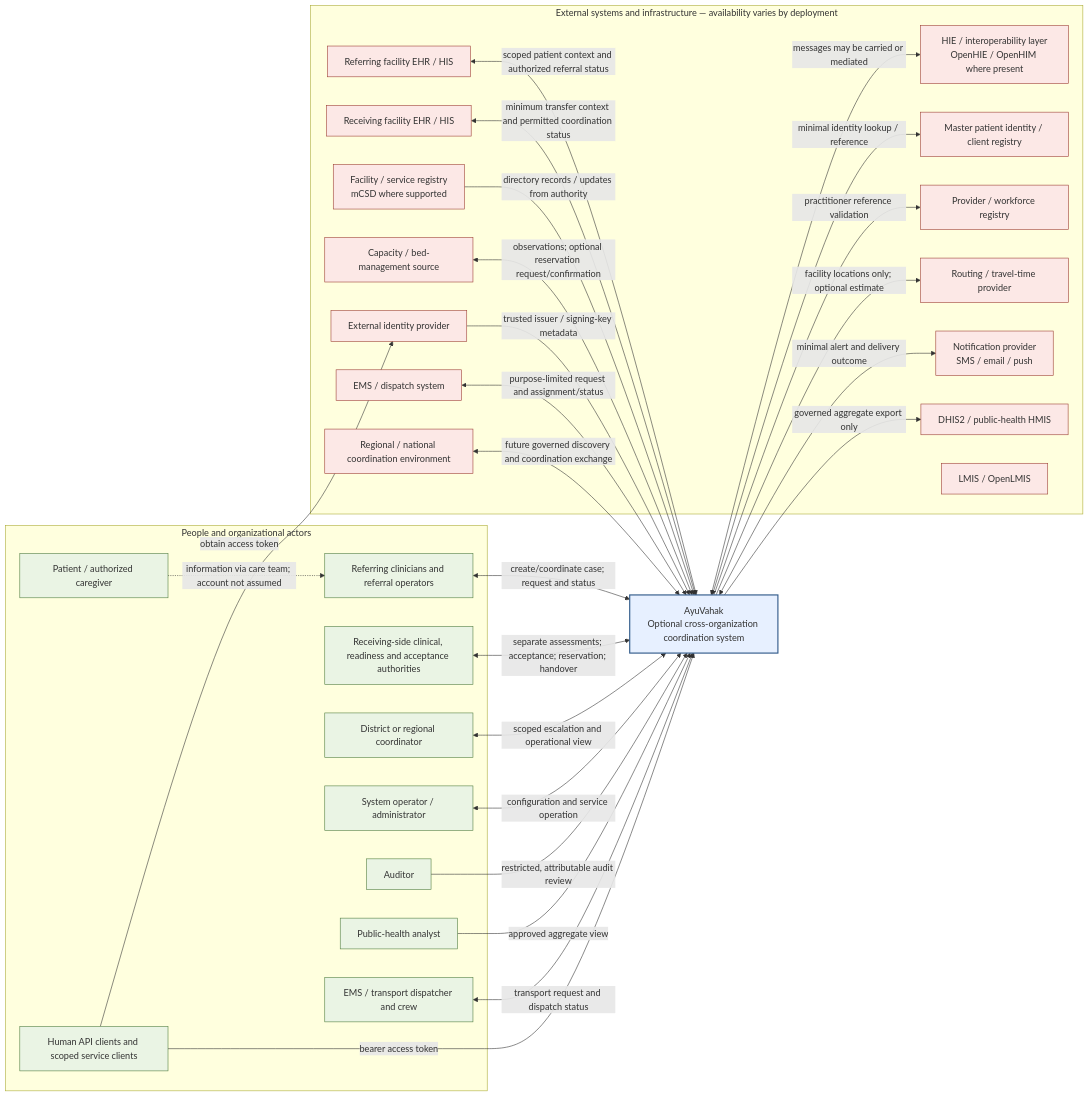
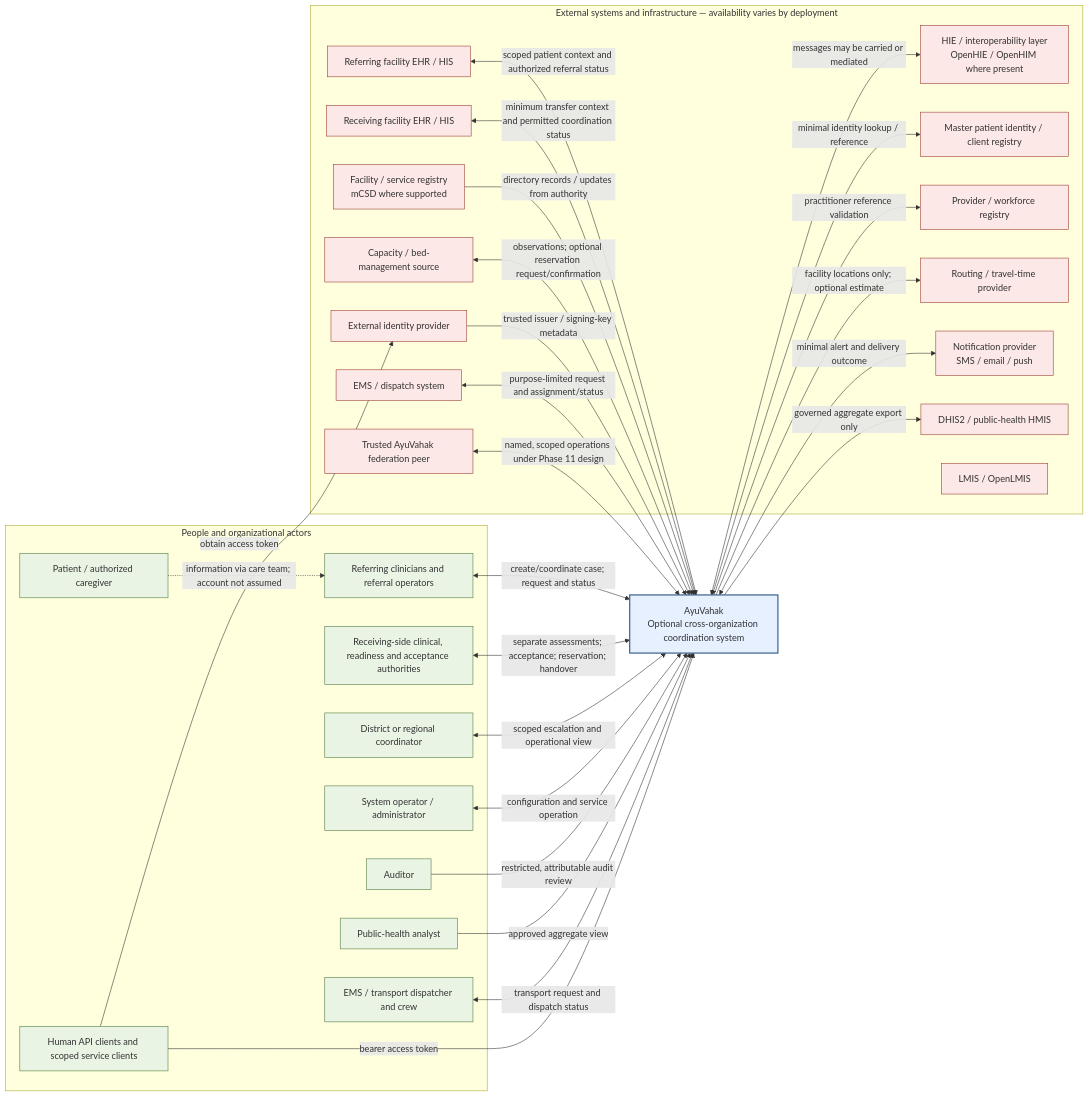
Before and after one commit to Sumedh08/AyuVahak: the diagram in docs/architecture/system-context.md, drawn with Mermaid. The commit also changed other lines of this file and 21 other files, not shown here.

Commit message:
docs: draft volume 4 architecture and specifications

````diff
--- a/docs/architecture/system-context.md
+++ b/docs/architecture/system-context.md
@@ -9,65 +9,65 @@
 ```mermaid
 flowchart LR
   subgraph People["People and organizational actors"]
     Referrer["Referring clinicians and referral operators"]
     Receiving["Receiving-side clinical, readiness and acceptance authorities"]
     Patient["Patient / authorized caregiver"]
     District["District or regional coordinator"]
     Operator["System operator / administrator"]
     Auditor["Auditor"]
     Analyst["Public-health analyst"]
     Dispatcher["EMS / transport dispatcher and crew"]
     Clients["Human API clients and scoped service clients"]
   end
 
   AV["AyuVahak\nOptional cross-organization coordination system"]
 
   subgraph External["External systems and infrastructure — availability varies by deployment"]
     RefEHR["Referring facility EHR / HIS"]
     RecEHR["Receiving facility EHR / HIS"]
     HIE["HIE / interoperability layer\nOpenHIE / OpenHIM where present"]
     MPI["Master patient identity / client registry"]
     Provider["Provider / workforce registry"]
     Facility["Facility / service registry\nmCSD where supported"]
     Capacity["Capacity / bed-management source"]
     IdP["External identity provider"]
     EMS["EMS / dispatch system"]
     Route["Routing / travel-time provider"]
     Notify["Notification provider\nSMS / email / push"]
     DHIS2["DHIS2 / public-health HMIS"]
     LMIS["LMIS / OpenLMIS"]
-    Federation["Regional / national coordination environment"]
+    Federation["Trusted AyuVahak federation peer"]
   end
 
   Referrer <-->|"create/coordinate case; request and status"| AV
   Receiving <-->|"separate assessments; acceptance; reservation; handover"| AV
   Patient -.->|"information via care team; account not assumed"| Referrer
   District <-->|"scoped escalation and operational view"| AV
   Operator <-->|"configuration and service operation"| AV
   Auditor -->|"restricted, attributable audit review"| AV
   Analyst -->|"approved aggregate view"| AV
   Dispatcher <-->|"transport request and dispatch status"| AV
 
   RefEHR <-->|"scoped patient context and authorized referral status"| AV
   RecEHR <-->|"minimum transfer context and permitted coordination status"| AV
   AV <-->|"messages may be carried or mediated"| HIE
   AV <-->|"minimal identity lookup / reference"| MPI
   AV -->|"practitioner reference validation"| Provider
   Facility -->|"directory records / updates from authority"| AV
   Capacity <-->|"observations; optional reservation request/confirmation"| AV
   Clients -->|"obtain access token"| IdP
   Clients -->|"bearer access token"| AV
   IdP -->|"trusted issuer / signing-key metadata"| AV
   EMS <-->|"purpose-limited request and assignment/status"| AV
   AV -->|"facility locations only; optional estimate"| Route
   AV <-->|"minimal alert and delivery outcome"| Notify
   AV -->|"governed aggregate export only"| DHIS2
-  Federation <-->|"future governed discovery and coordination exchange"| AV
+  Federation <-->|"named, scoped operations under Phase 11 design"| AV
 
   classDef product fill:#e7f0ff,stroke:#315a8a,stroke-width:2px
   classDef people fill:#eaf4e4,stroke:#4e7b3d
   classDef systems fill:#fce8e6,stroke:#9b3c32
   class AV product
   class Referrer,Receiving,Patient,District,Operator,Auditor,Analyst,Dispatcher,Clients people
   class RefEHR,RecEHR,HIE,MPI,Provider,Facility,Capacity,IdP,EMS,Route,Notify,DHIS2,LMIS,Federation systems
 ```
````
